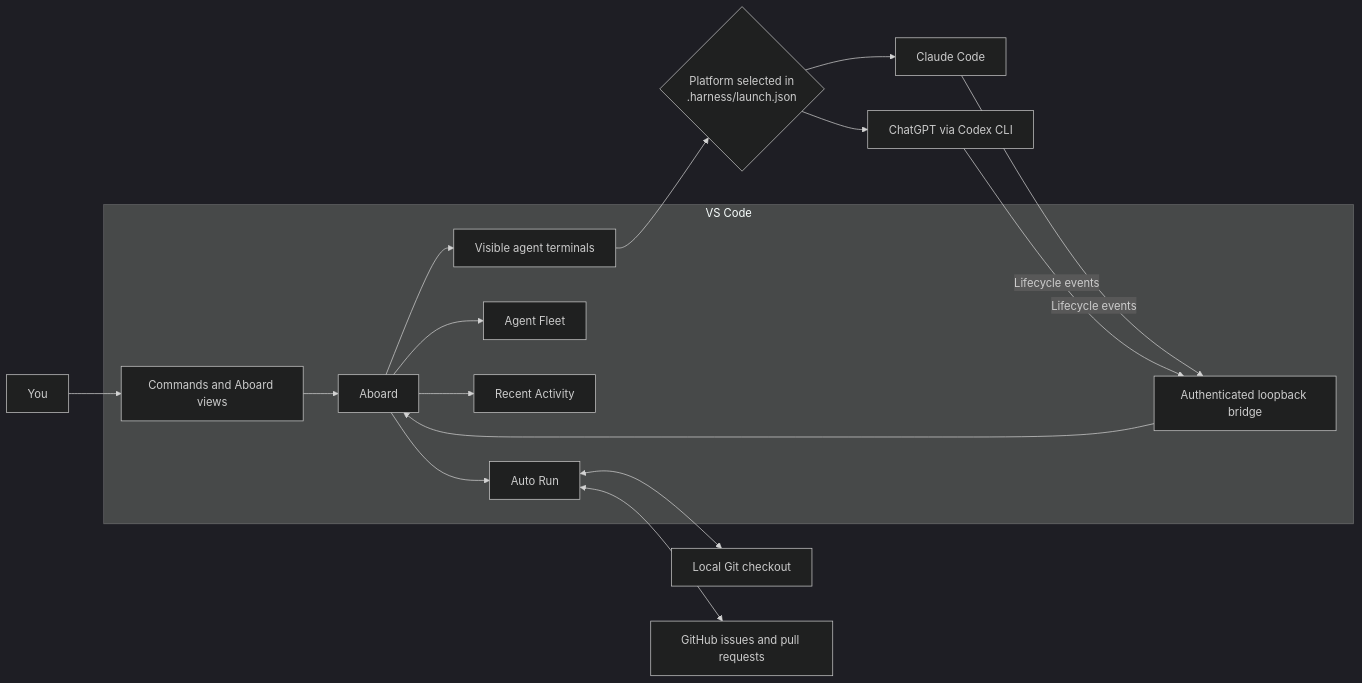
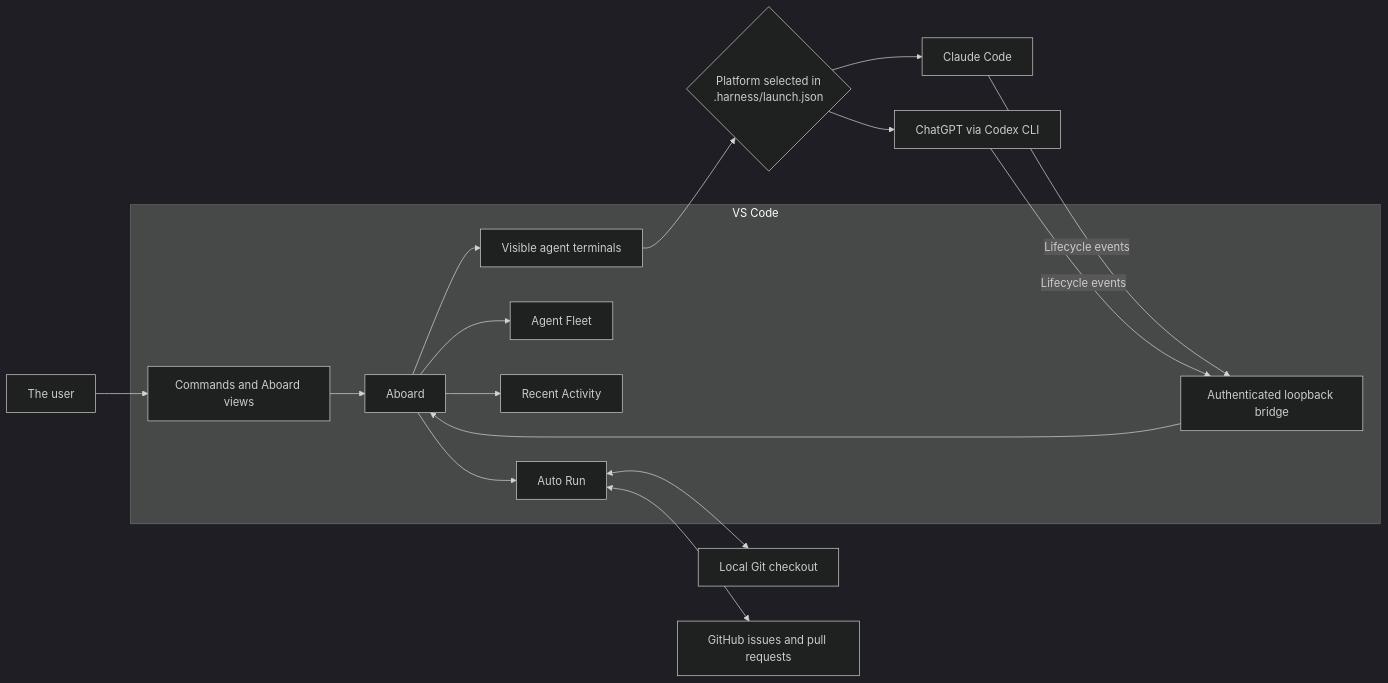
One commit to EmilienxD/harness changed the first of 3 diagrams in apps/aboard/README.md. Above: the diagram before and after it, drawn with Mermaid (dark theme). The commit also changed other lines of this file and 18 other files, not shown here.

Commit message:
Update you - user inconcistencies

````diff
--- a/apps/aboard/README.md
+++ b/apps/aboard/README.md
@@ -9,21 +9,21 @@
 ```mermaid
 flowchart LR
-    U[You] --> C[Commands and Aboard views]
+    U[The user] --> C[Commands and Aboard views]
 
     subgraph V[VS Code]
         C --> A[Aboard]
         A --> T[Visible agent terminals]
         A --> F[Agent Fleet]
         A --> R[Recent Activity]
         A --> Q[Auto Run]
         B[Authenticated loopback bridge] --> A
     end
 
     T --> P{Platform selected in<br/>.harness/launch.json}
     P --> CL[Claude Code]
     P --> CG[ChatGPT via Codex CLI]
     CL -->|Lifecycle events| B
     CG -->|Lifecycle events| B
     Q <--> G[Local Git checkout]
     Q <--> GH[GitHub issues and pull requests]
 ```
````
